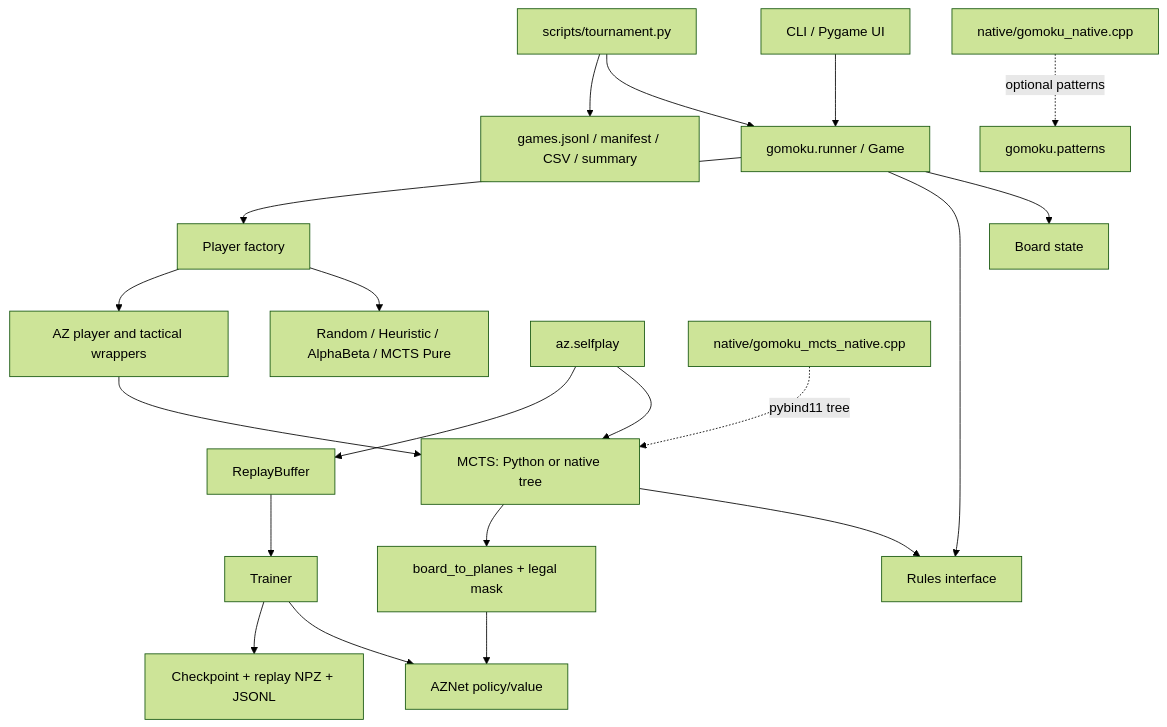
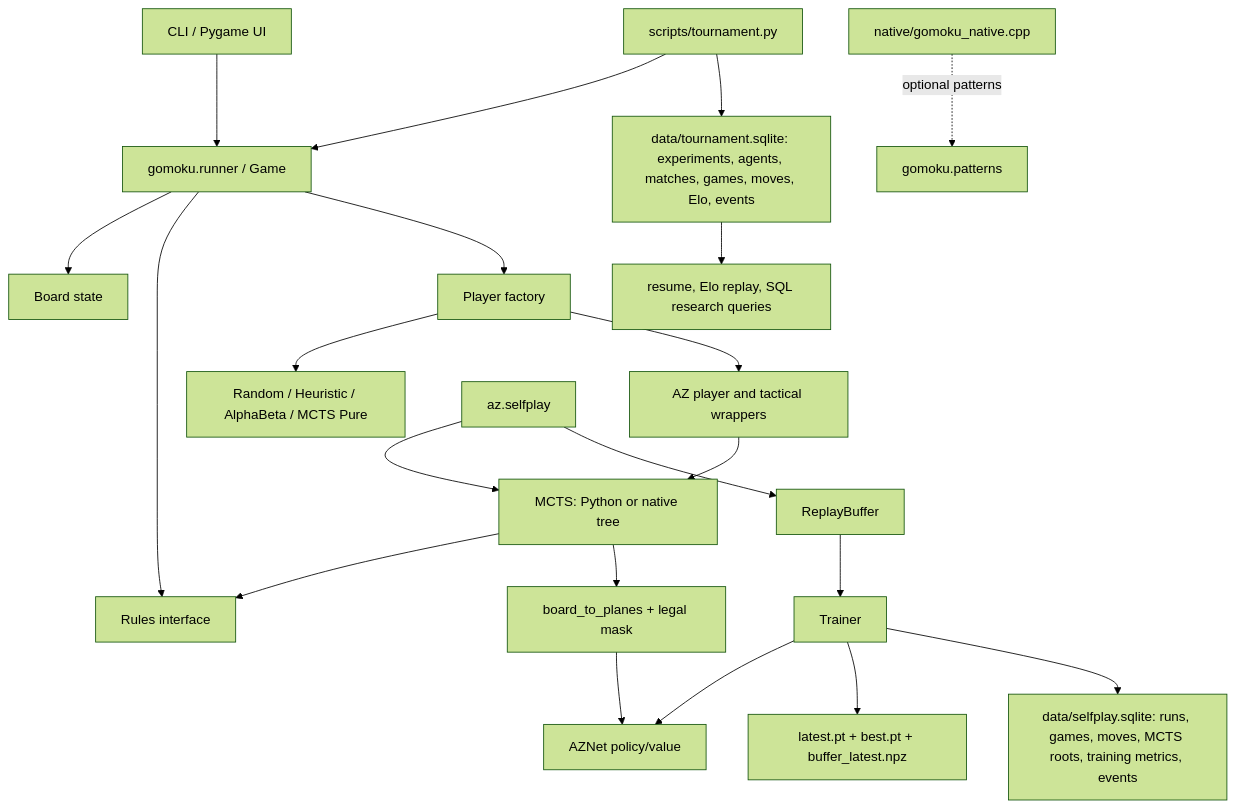
One commit to Huyyy23/SGU-TriTueNhanTaoNangCao changed the diagram in AlphaZero_Gomoku/SPEC.md. Above: the diagram before and after it, drawn with Mermaid (forest theme). The commit also changed other lines of this file and 19 other files, not shown here.

````diff
--- a/AlphaZero_Gomoku/SPEC.md
+++ b/AlphaZero_Gomoku/SPEC.md
@@ -95,22 +95,23 @@
 ```mermaid
 flowchart TD
     CLI[CLI / Pygame UI] --> Runner[gomoku.runner / Game]
     Runner --> Board[Board state]
     Runner --> Rules[Rules interface]
     Runner --> Players[Player factory]
     Players --> Classical[Random / Heuristic / AlphaBeta / MCTS Pure]
     Players --> AZPlayer[AZ player and tactical wrappers]
     AZPlayer --> MCTS[MCTS: Python or native tree]
     MCTS --> Rules
     MCTS --> Features[board_to_planes + legal mask]
     Features --> Net[AZNet policy/value]
     Selfplay[az.selfplay] --> MCTS
     Selfplay --> Buffer[ReplayBuffer]
     Buffer --> Trainer[Trainer]
     Trainer --> Net
-    Trainer --> Checkpoint[Checkpoint + replay NPZ + JSONL]
+    Trainer --> Checkpoint[latest.pt + best.pt + buffer_latest.npz]
+    Trainer --> SelfplayDB[data/selfplay.sqlite: runs, games, moves, MCTS roots, training metrics, events]
     Tournament[scripts/tournament.py] --> Runner
-    Tournament --> Logs[games.jsonl / manifest / CSV / summary]
-    NativeMCTS[native/gomoku_mcts_native.cpp] -. pybind11 tree .-> MCTS
+    Tournament --> TournamentDB[data/tournament.sqlite: experiments, agents, matches, games, moves, Elo, events]
+    TournamentDB --> Analytics[resume, Elo replay, SQL research queries]
     NativePatterns[native/gomoku_native.cpp] -. optional patterns .-> Patterns[gomoku.patterns]
 ```
````
